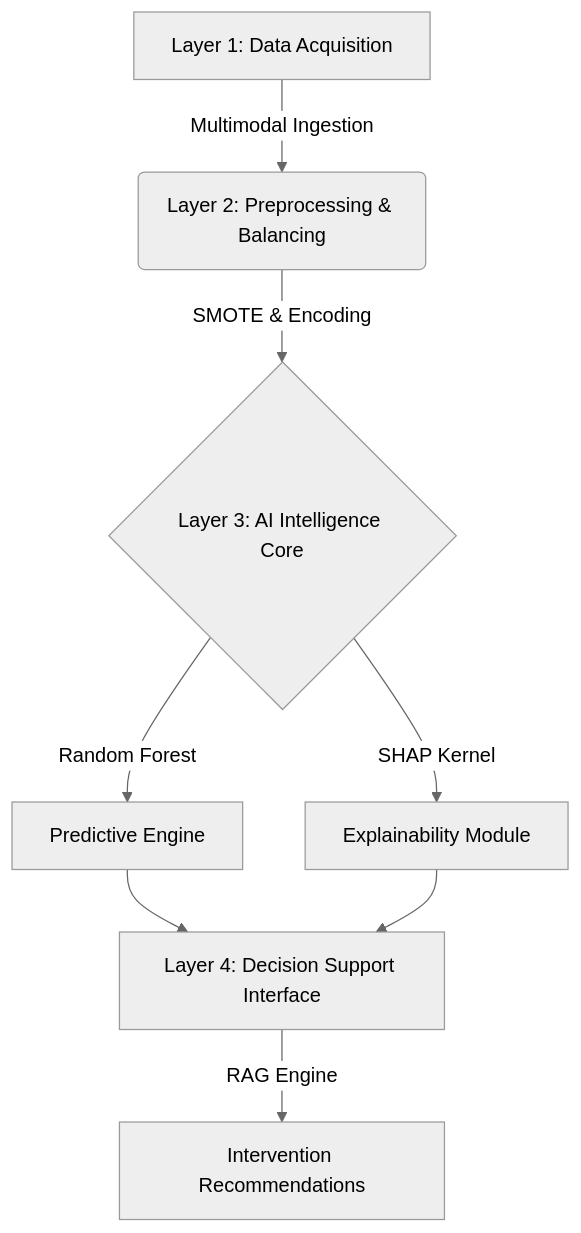
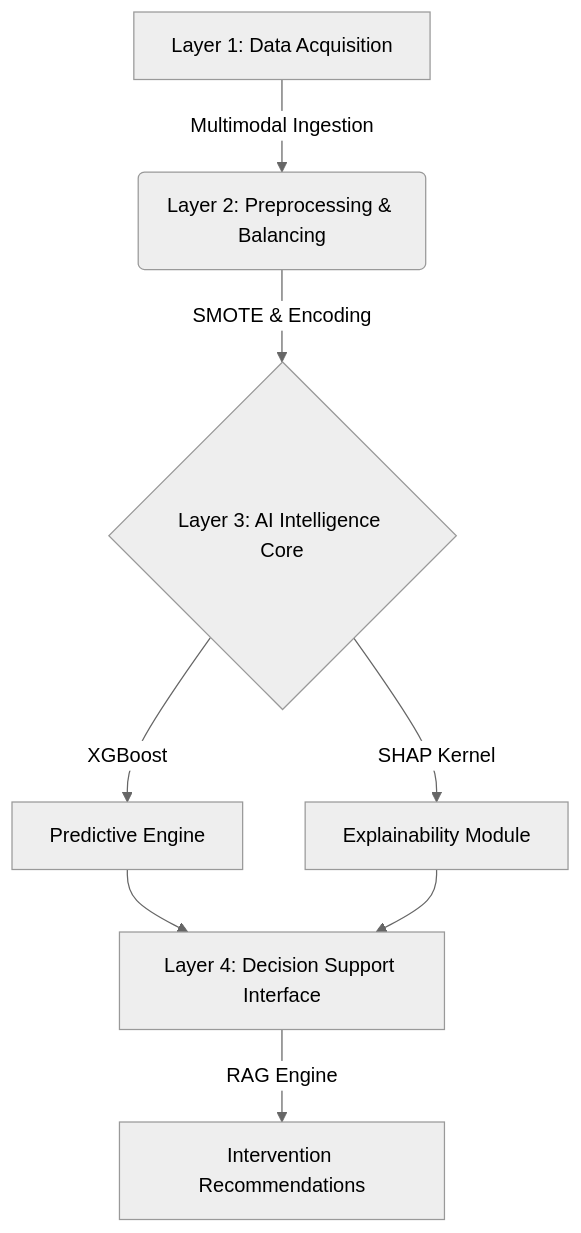
The diagram in README.md (Navi-1105/AI-Driven-Preventive-Decision-Support-for-Maternal-Mental-Health-and-Pregnancy-Outcomes), drawn with Mermaid (neutral theme) before and after one commit. The commit also changed other lines of this file and 13 other files, not shown here.

````diff
--- a/README.md
+++ b/README.md
@@ -75,10 +75,10 @@
 ```mermaid
 graph TD
     A[Layer 1: Data Acquisition] -->|Multimodal Ingestion| B(Layer 2: Preprocessing & Balancing)
     B -->|SMOTE & Encoding| C{Layer 3: AI Intelligence Core}
-    C -->|Random Forest| D[Predictive Engine]
+    C -->|XGBoost| D[Predictive Engine]
     C -->|SHAP Kernel| E[Explainability Module]
     D & E --> F[Layer 4: Decision Support Interface]
     F -->|RAG Engine| G[Intervention Recommendations]
 
 ```
````
